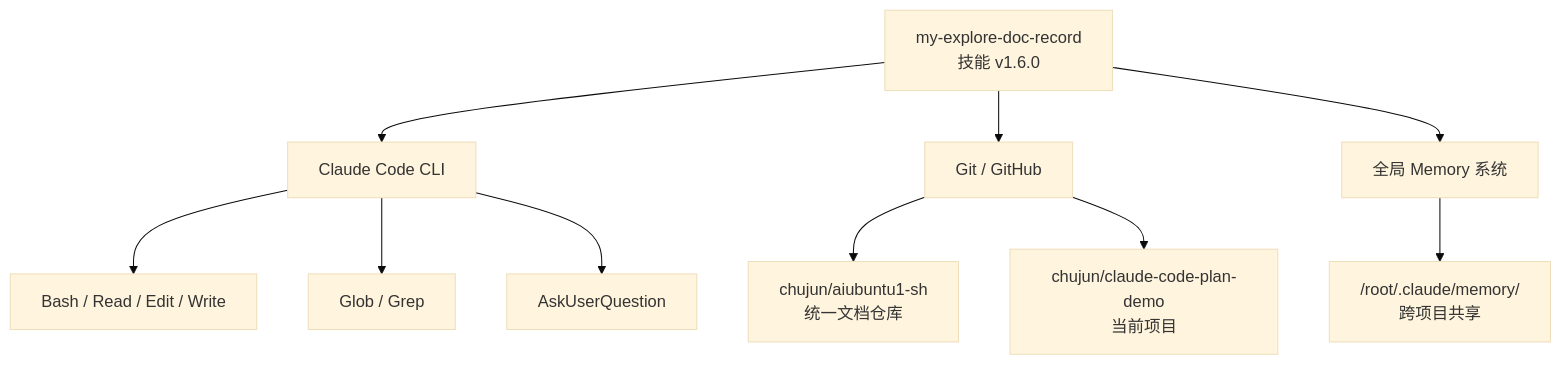
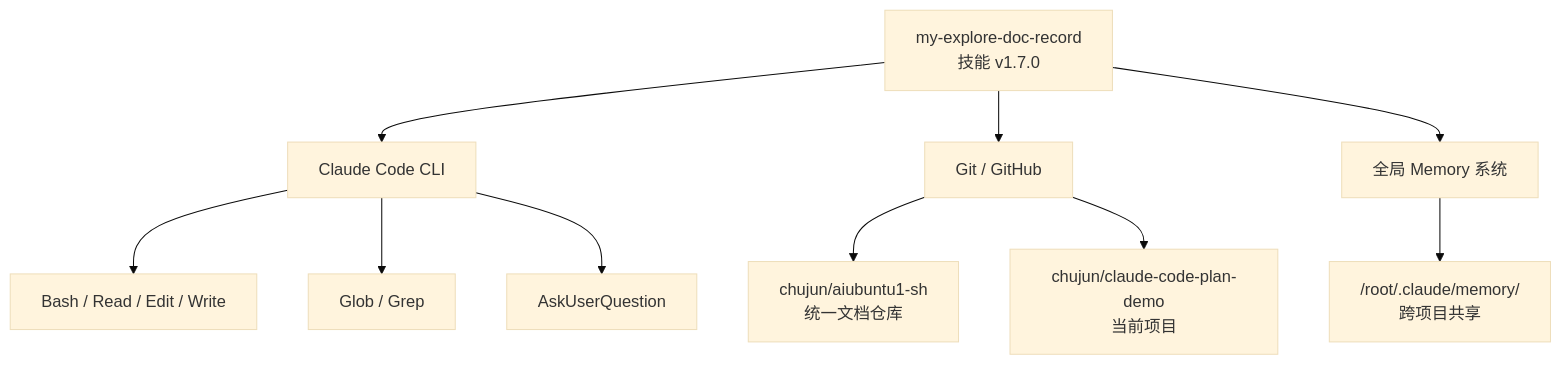
The first of 8 diagrams in doc/ai-explore/2026-04-11-my-explore-doc-record技能优化实践探索之旅.md (chujun/aiubuntu1-sh), drawn with Mermaid (base theme) before and after one commit. The commit also changed other lines of this file and 2 other files, not shown here.

First line of the commit message:
docs: 合并 my-explore-doc-record 技能优化文档（v2/v3 归档）

````diff
--- a/doc/ai-explore/2026-04-11-my-explore-doc-record技能优化实践探索之旅.md
+++ b/doc/ai-explore/2026-04-11-my-explore-doc-record技能优化实践探索之旅.md
@@ -102,12 +108,12 @@
 ```mermaid
 graph TD
-    A["my-explore-doc-record<br/>技能 v1.6.0"] --> B["Claude Code CLI"]
+    A["my-explore-doc-record<br/>技能 v1.7.0"] --> B["Claude Code CLI"]
     A --> C["Git / GitHub"]
     A --> D["全局 Memory 系统"]
     B --> E["Bash / Read / Edit / Write"]
     B --> F["Glob / Grep"]
     B --> G["AskUserQuestion"]
     C --> H["chujun/aiubuntu1-sh<br/>统一文档仓库"]
     C --> I["chujun/claude-code-plan-demo<br/>当前项目"]
     D --> J["/root/.claude/memory/<br/>跨项目共享"]
 ```
````
